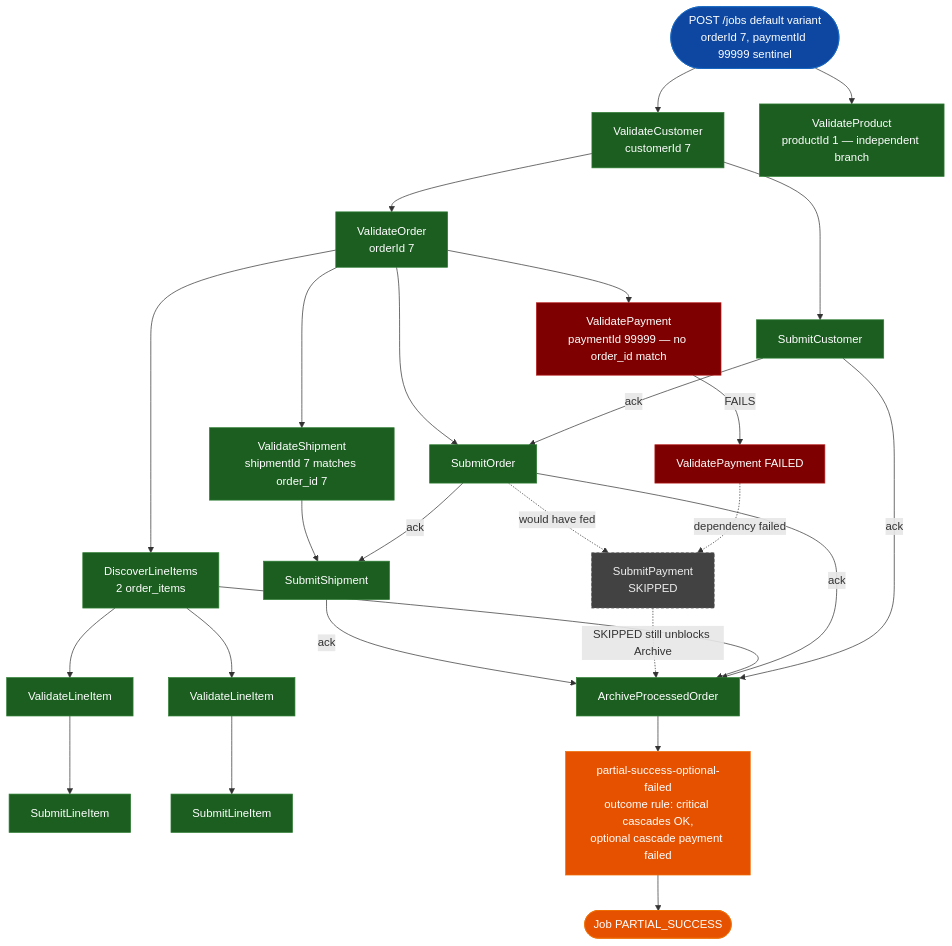
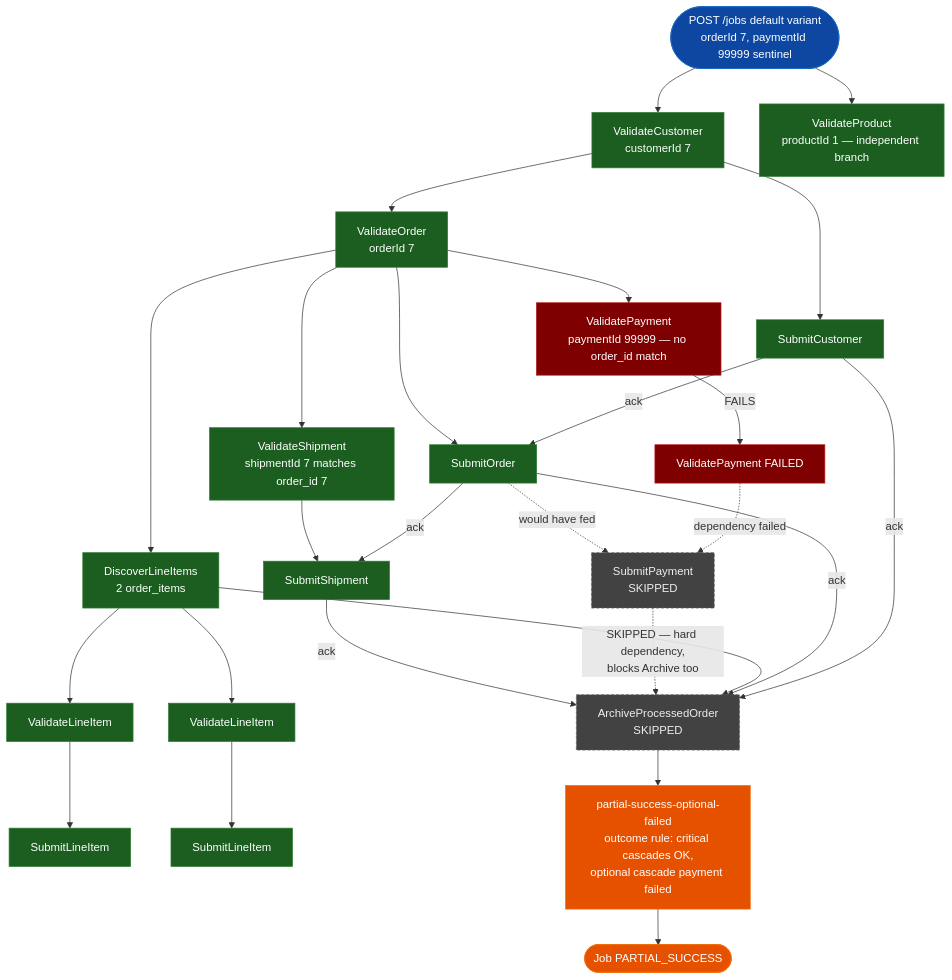
The diagram in workflows/order-processing/setpoint-evals/SE-04-partial-payment-failure/README.md (inctasoft/setpoint-evals-dtm-examples), drawn with Mermaid before and after one commit. The commit also changed other lines of this file and 12 other files, not shown here.

First line of the commit message:
docs: Phase 6 closeout — fix SE-04/SE-07 doc drift, multi-job-demo, add architecture-c4

````diff
--- a/workflows/order-processing/setpoint-evals/SE-04-partial-payment-failure/README.md
+++ b/workflows/order-processing/setpoint-evals/SE-04-partial-payment-failure/README.md
@@ -26,41 +28,41 @@
 ```mermaid
 flowchart TD
     Start(["POST /jobs default variant<br/>orderId 7, paymentId 99999 sentinel"]) --> VC["ValidateCustomer<br/>customerId 7"]
     Start --> VP["ValidateProduct<br/>productId 1 — independent branch"]
     VC --> SC["SubmitCustomer"]
     VC --> VO["ValidateOrder<br/>orderId 7"]
     SC -- ack --> SO["SubmitOrder"]
     VO --> SO
     VO --> DLI["DiscoverLineItems<br/>2 order_items"]
     DLI --> VLI1["ValidateLineItem"] --> SLI1["SubmitLineItem"]
     DLI --> VLI2["ValidateLineItem"] --> SLI2["SubmitLineItem"]
 
     VO --> VPay["ValidatePayment<br/>paymentId 99999 — no order_id match"]
     VPay -- FAILS --> FailMark["ValidatePayment FAILED"]
     FailMark -. dependency failed .-> SPay["SubmitPayment<br/>SKIPPED"]
     SO -. would have fed .-> SPay
 
     VO --> VSh["ValidateShipment<br/>shipmentId 7 matches order_id 7"]
     SO -- ack --> SSh["SubmitShipment"]
     VSh --> SSh
 
-    SC -- ack --> Arch["ArchiveProcessedOrder"]
+    SC -- ack --> Arch["ArchiveProcessedOrder<br/>SKIPPED"]
     SO -- ack --> Arch
     DLI --> Arch
-    SPay -. SKIPPED still unblocks Archive .-> Arch
+    SPay -. SKIPPED — hard dependency,<br/>blocks Archive too .-> Arch
     SSh -- ack --> Arch
 
     Arch --> Rule["partial-success-optional-failed<br/>outcome rule: critical cascades OK,<br/>optional cascade payment failed"]
     Rule --> Done(["Job PARTIAL_SUCCESS"])
 
     classDef ok fill:#1b5e20,stroke:#2e7d32,color:#fff
     classDef fail fill:#7f0000,stroke:#b71c1c,color:#fff
     classDef skip fill:#424242,stroke:#616161,color:#eee,stroke-dasharray: 4 3
     classDef entry fill:#0d47a1,stroke:#1565c0,color:#fff
     classDef partial fill:#e65100,stroke:#ef6c00,color:#fff
-    class VC,VP,SC,VO,SO,DLI,VLI1,VLI2,SLI1,SLI2,VSh,SSh,Arch ok
+    class VC,VP,SC,VO,SO,DLI,VLI1,VLI2,SLI1,SLI2,VSh,SSh ok
     class VPay,FailMark fail
-    class SPay skip
+    class SPay,Arch skip
     class Rule,Done partial
     class Start entry
 ```
````
